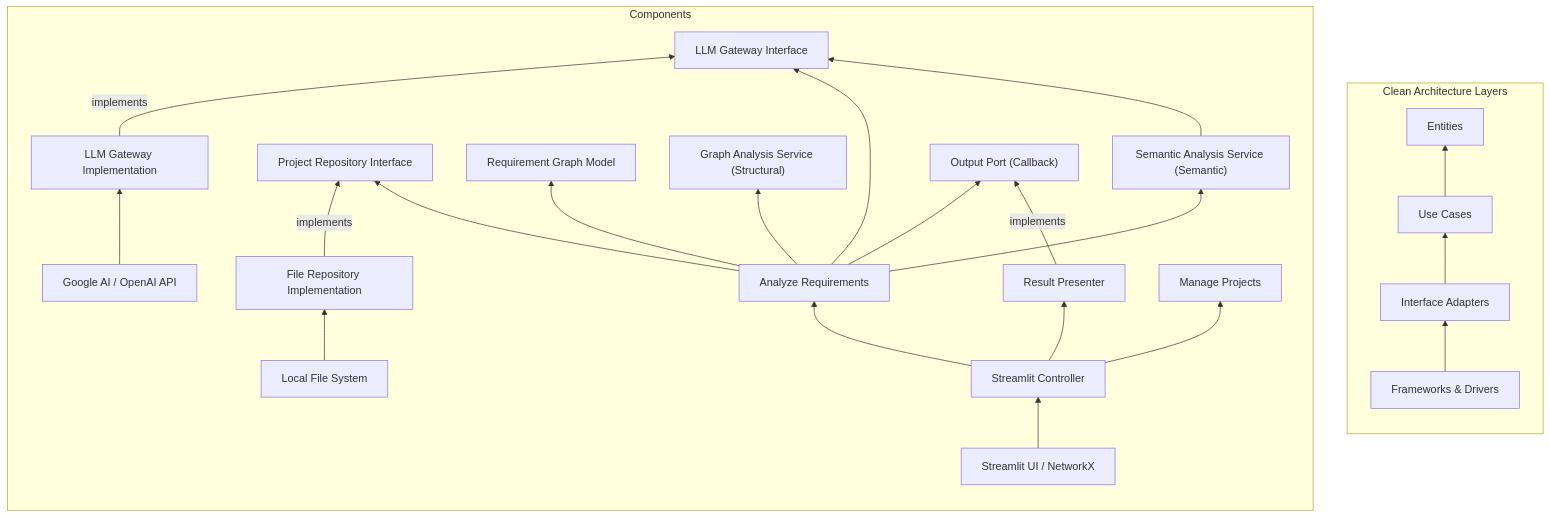
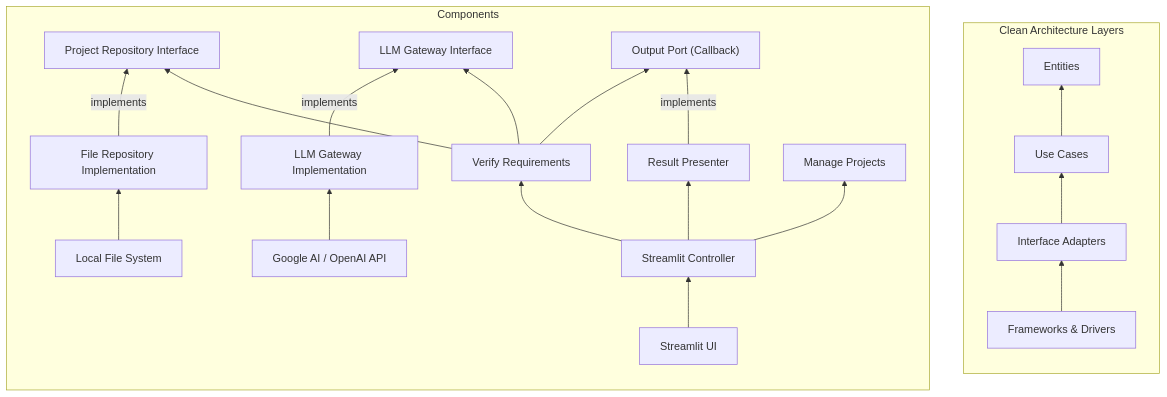
Before and after one commit to Ngano003/requirement-support2: the first of 4 diagrams in doc/architecture_spec.md, drawn with Mermaid. The commit also changed other lines of this file and 11 other files, not shown here.

````diff
--- a/doc/architecture_spec.md
+++ b/doc/architecture_spec.md
@@ -14,35 +14,30 @@
 ```mermaid
 graph BT
     subgraph Layers [Clean Architecture Layers]
         direction BT
         FD[Frameworks & Drivers] --> IA[Interface Adapters]
         IA --> UC[Use Cases]
         UC --> ET[Entities]
     end
 
     subgraph Components
         direction BT
-        Streamlit["Streamlit UI / NetworkX"] --> Controller["Streamlit Controller"]
+        Streamlit["Streamlit UI"] --> Controller["Streamlit Controller"]
         Controller --> Presenter["Result Presenter"]
         
         UsingFS["Local File System"] --> RepoImpl["File Repository Implementation"]
         UsingLLM["Google AI / OpenAI API"] --> GatewayImpl["LLM Gateway Implementation"]
         
-        Controller --> UC_Analyze["Analyze Requirements"]
+        Controller --> UC_Verify["Verify Requirements"]
         Controller --> UC_Project["Manage Projects"]
         
         RepoImpl -- "implements" --> RepositoryInterface["Project Repository Interface"]
         GatewayImpl -- "implements" --> LLMGatewayInterface["LLM Gateway Interface"]
         
-        UC_Analyze --> RepositoryInterface
-        UC_Analyze --> LLMGatewayInterface
-        UC_Analyze --> DomainModel["Requirement Graph Model"]
-        UC_Analyze --> GraphService["Graph Analysis Service (Structural)"]
-        UC_Analyze --> SemanticService["Semantic Analysis Service (Semantic)"]
+        UC_Verify --> RepositoryInterface
+        UC_Verify --> LLMGatewayInterface
         
-        SemanticService --> LLMGatewayInterface
-        
-        UC_Analyze --> PresenterInterface["Output Port (Callback)"]
+        UC_Verify --> PresenterInterface["Output Port (Callback)"]
         Presenter -- "implements" --> PresenterInterface
     end
 ```
````
